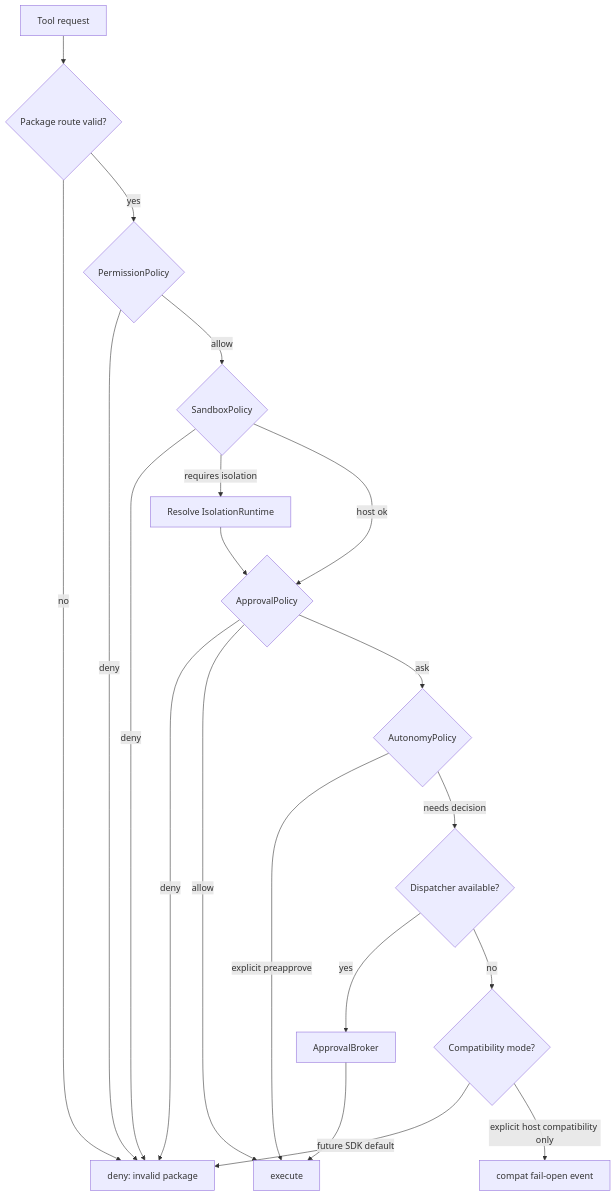
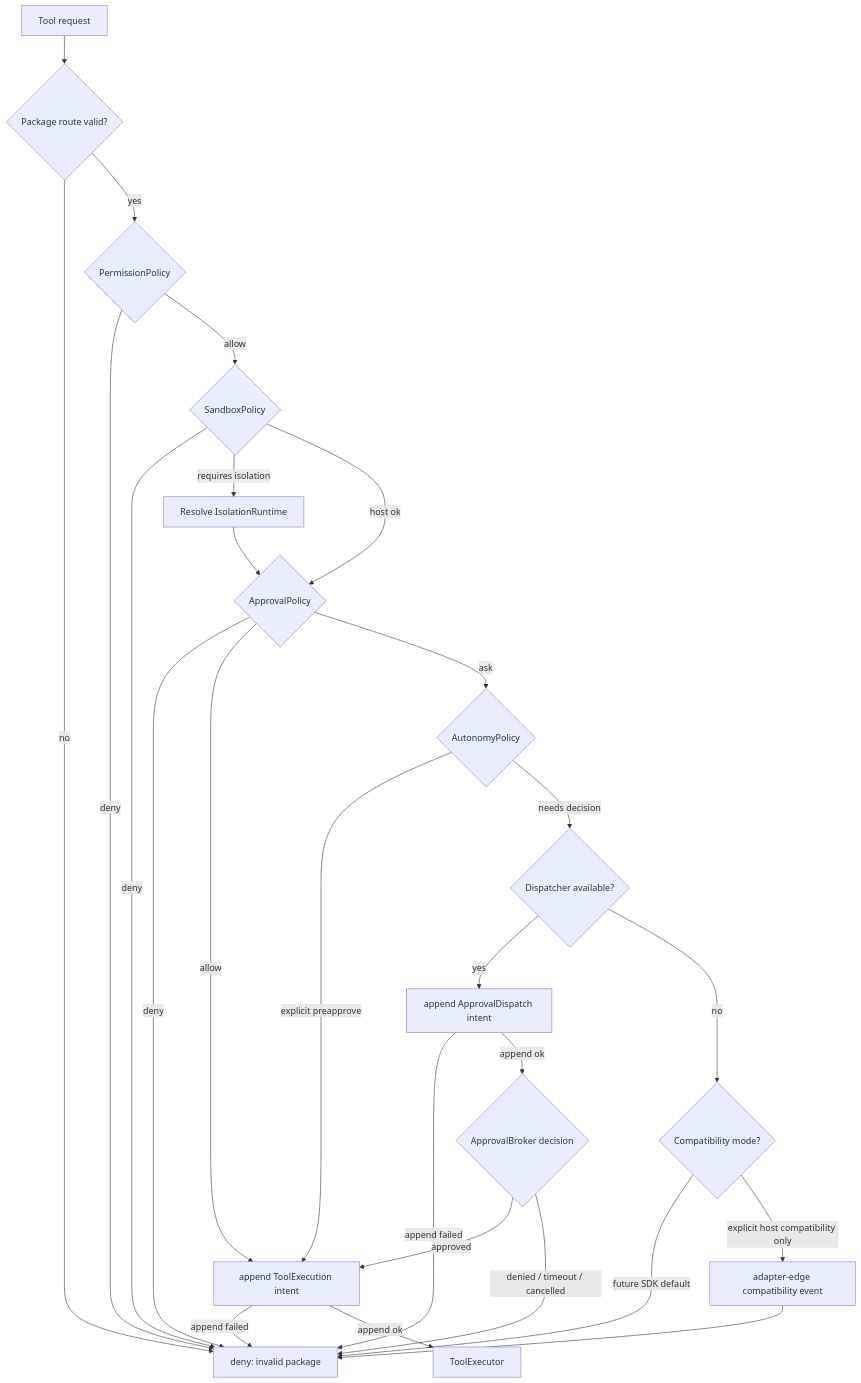
Before and after one commit to heyclawdia/clawdia_sdk: the second of 3 diagrams in docs/contracts/tool-approval-contract.md, drawn with Mermaid. The commit also changed other lines of this file and 20 other files, not shown here.

````diff
--- a/docs/contracts/tool-approval-contract.md
+++ b/docs/contracts/tool-approval-contract.md
@@ -86,22 +112,28 @@
 ```mermaid
 flowchart TD
   A["Tool request"] --> B{"Package route valid?"}
   B -->|no| Z["deny: invalid package"]
   B -->|yes| C{"PermissionPolicy"}
   C -->|deny| Z
   C -->|allow| D{"SandboxPolicy"}
   D -->|deny| Z
   D -->|requires isolation| E["Resolve IsolationRuntime"]
   D -->|host ok| F{"ApprovalPolicy"}
   E --> F
   F -->|deny| Z
-  F -->|allow| G["execute"]
+  F -->|allow| G["append ToolExecution intent"]
   F -->|ask| H{"AutonomyPolicy"}
   H -->|explicit preapprove| G
   H -->|needs decision| I{"Dispatcher available?"}
-  I -->|yes| J["ApprovalBroker"]
+  I -->|yes| N["append ApprovalDispatch intent"]
   I -->|no| K{"Compatibility mode?"}
   K -->|future SDK default| Z
-  K -->|explicit host compatibility only| L["compat fail-open event"]
-  J --> G
+  K -->|explicit host compatibility only| L["adapter-edge compatibility event"]
+  N -->|append failed| Z
+  N -->|append ok| J{"ApprovalBroker decision"}
+  J -->|approved| G
+  J -->|denied / timeout / cancelled| Z
+  L --> Z
+  G -->|append failed| Z
+  G -->|append ok| M["ToolExecutor"]
 ```
````
